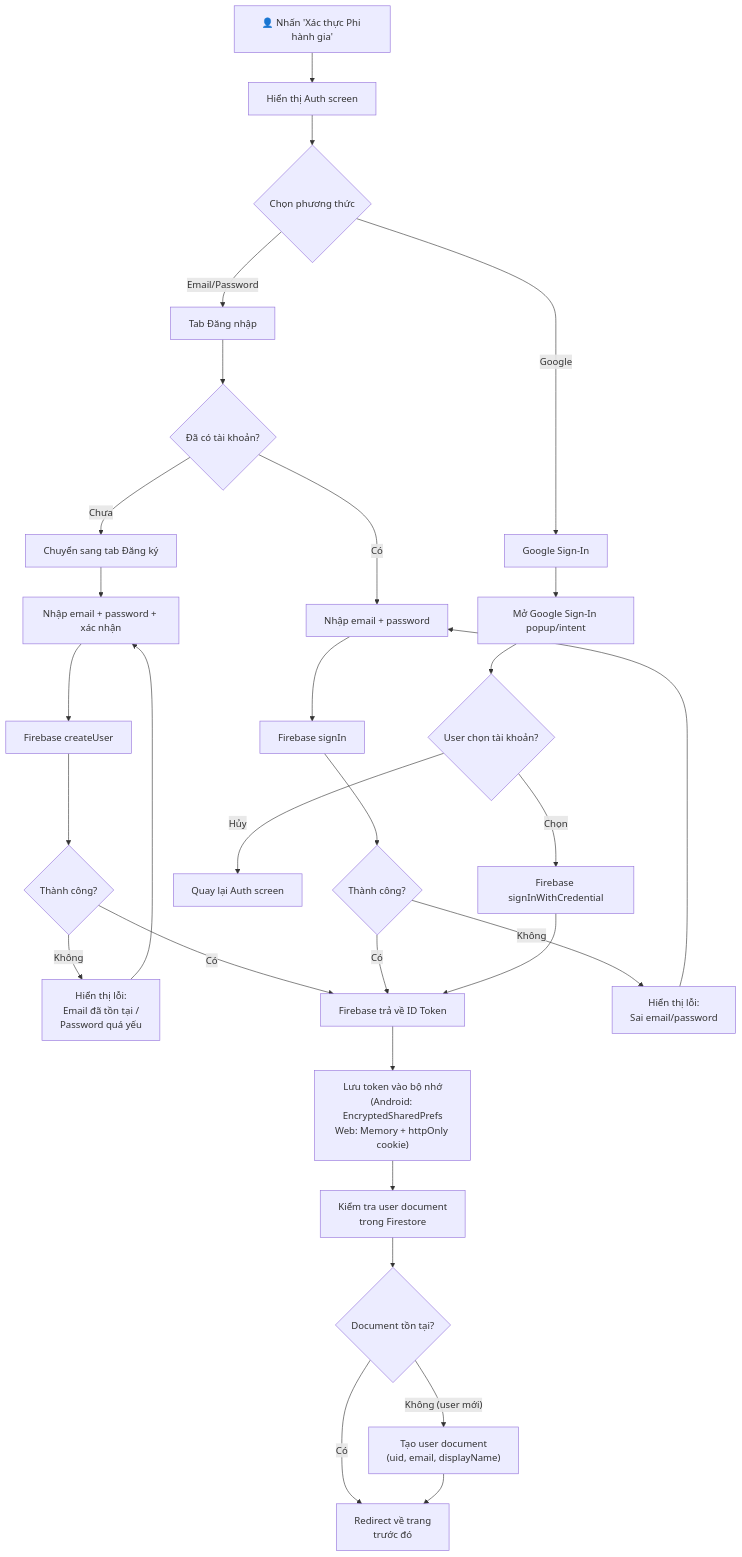
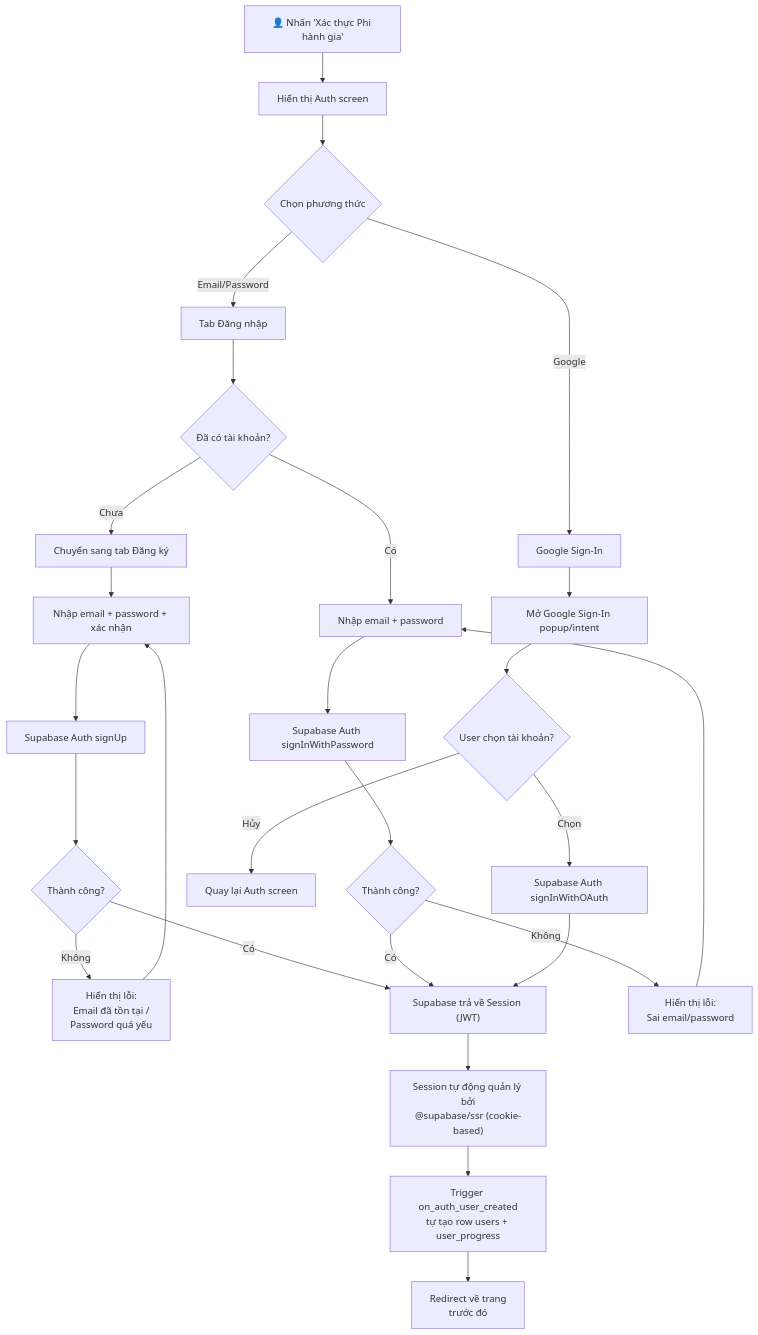
The fourth of 5 diagrams in docs/analysis/user-flows.md (iAmHieu2012/Sequoia), drawn with Mermaid before and after one commit. The commit also changed other lines of this file and 14 other files, not shown here.

````diff
--- a/docs/analysis/user-flows.md
+++ b/docs/analysis/user-flows.md
@@ -86,37 +86,34 @@
 ```mermaid
 flowchart TD
     A["👤 Nhấn 'Xác thực Phi hành gia'"] --> B["Hiển thị Auth screen"]
     B --> C{"Chọn phương thức"}
 
     C -->|"Email/Password"| D["Tab Đăng nhập"]
     C -->|"Google"| E["Google Sign-In"]
 
     D --> D1{"Đã có tài khoản?"}
     D1 -->|"Có"| D2["Nhập email + password"]
     D1 -->|"Chưa"| D3["Chuyển sang tab Đăng ký"]
     D3 --> D4["Nhập email + password + xác nhận"]
-    D4 --> D5["Firebase createUser"]
+    D4 --> D5["Supabase Auth signUp"]
     D5 --> D6{"Thành công?"}
     D6 -->|"Không"| D7["Hiển thị lỗi:<br/>Email đã tồn tại /<br/>Password quá yếu"]
     D7 --> D4
-    D6 -->|"Có"| F["Firebase trả về ID Token"]
+    D6 -->|"Có"| F["Supabase trả về Session (JWT)"]
 
-    D2 --> D8["Firebase signIn"]
+    D2 --> D8["Supabase Auth signInWithPassword"]
     D8 --> D9{"Thành công?"}
     D9 -->|"Không"| D10["Hiển thị lỗi:<br/>Sai email/password"]
     D10 --> D2
     D9 -->|"Có"| F
 
     E --> E1["Mở Google Sign-In popup/intent"]
     E1 --> E2{"User chọn tài khoản?"}
     E2 -->|"Hủy"| E3["Quay lại Auth screen"]
-    E2 -->|"Chọn"| E4["Firebase signInWithCredential"]
+    E2 -->|"Chọn"| E4["Supabase Auth signInWithOAuth"]
     E4 --> F
 
-    F --> G["Lưu token vào bộ nhớ<br/>(Android: EncryptedSharedPrefs<br/>Web: Memory + httpOnly cookie)"]
-    G --> H["Kiểm tra user document<br/>trong Firestore"]
-    H --> H1{"Document tồn tại?"}
-    H1 -->|"Không (user mới)"| H2["Tạo user document<br/>(uid, email, displayName)"]
-    H1 -->|"Có"| I
-    H2 --> I["Redirect về trang<br/>trước đó"]
+    F --> G["Session tự động quản lý bởi<br/>@supabase/ssr (cookie-based)"]
+    G --> H["Trigger on_auth_user_created<br/>tự tạo row users + user_progress"]
+    H --> I["Redirect về trang<br/>trước đó"]
 ```
````
